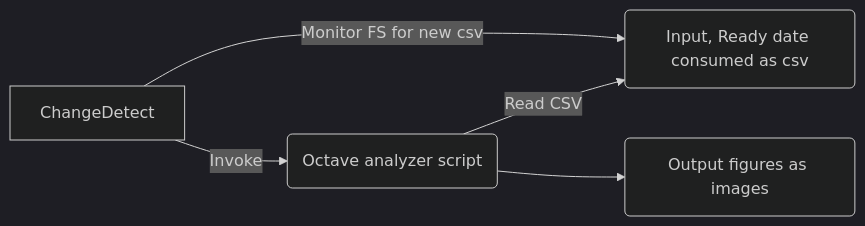
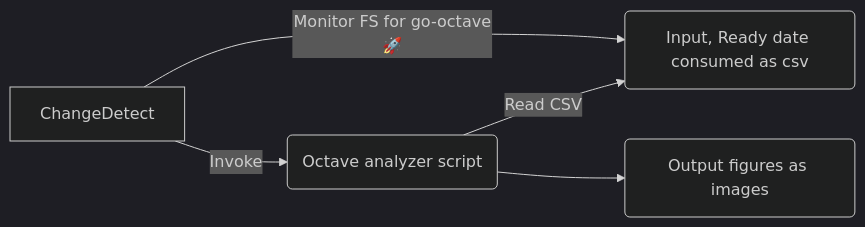
The third of 4 diagrams in architecture.md (buildcomplete/crypto-capex-timeline-explorer), drawn with Mermaid (dark theme) before and after one commit. The commit also changed other lines of this file and 2 other files, not shown here.

````diff
--- a/architecture.md
+++ b/architecture.md
@@ -49,6 +51,6 @@
 ```mermaid
 flowchart LR
-    ChangeDetect--Monitor FS for new csv-->FSCSV("Input, Ready date consumed as csv")
+    ChangeDetect--"Monitor FS for go-octave🚀"-->FSCSV("Input, Ready date consumed as csv")
     ChangeDetect--Invoke-->Analyzer(Octave analyzer script)--Read CSV-->FSCSV
     Analyzer-->FSFigures("Output figures as images")
 ```
````
